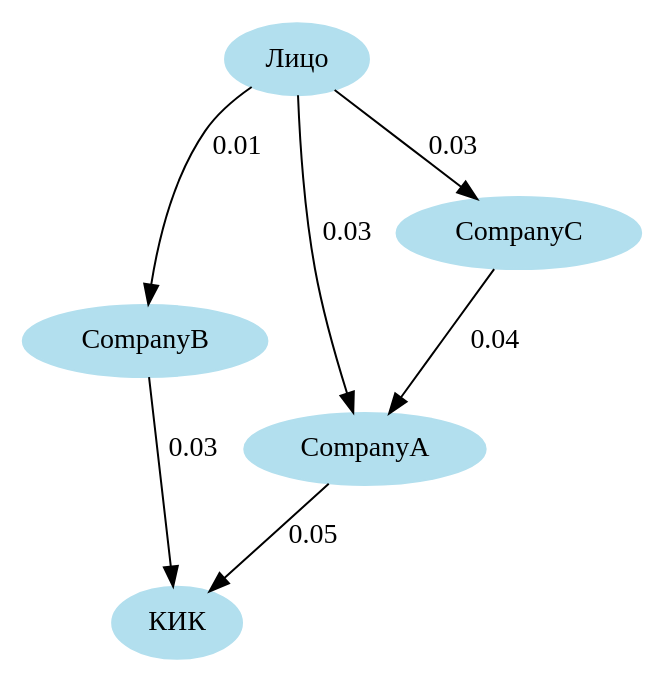
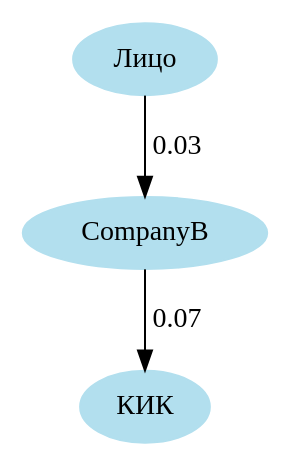
The diagram in unix.gv (bondarchukeugene/CFC), drawn with Graphviz before and after one commit. The commit also changed 9 other files, not shown here.

```diff
--- a/unix.gv
+++ b/unix.gv
@@ -1,10 +1,6 @@
 digraph unix {
 	node [color=lightblue2 style=filled]
 	size="6,6"
-	"Лицо" -> CompanyB [label=0.01]
-	CompanyB -> "КИК" [label=0.03]
-	"Лицо" -> CompanyA [label=0.03]
-	CompanyA -> "КИК" [label=0.05]
-	CompanyC -> CompanyA [label=0.04]
-	"Лицо" -> CompanyC [label=0.03]
+	"Лицо" -> CompanyB [label=0.03]
+	CompanyB -> "КИК" [label=0.07]
 }
```
